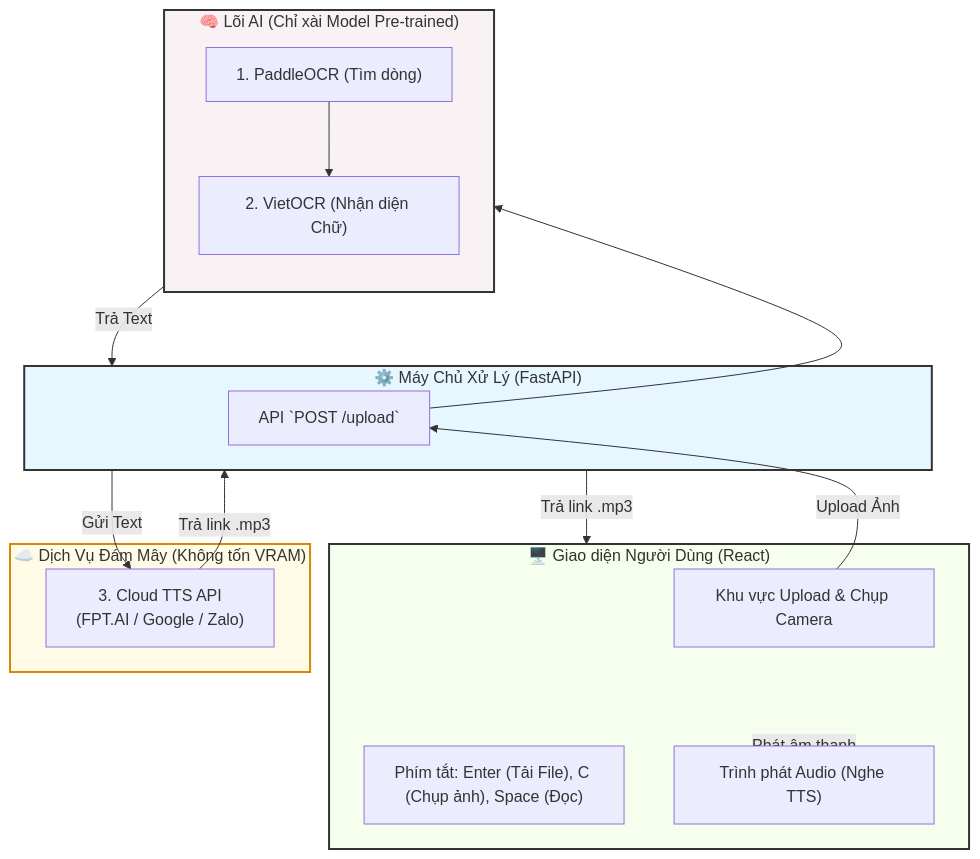
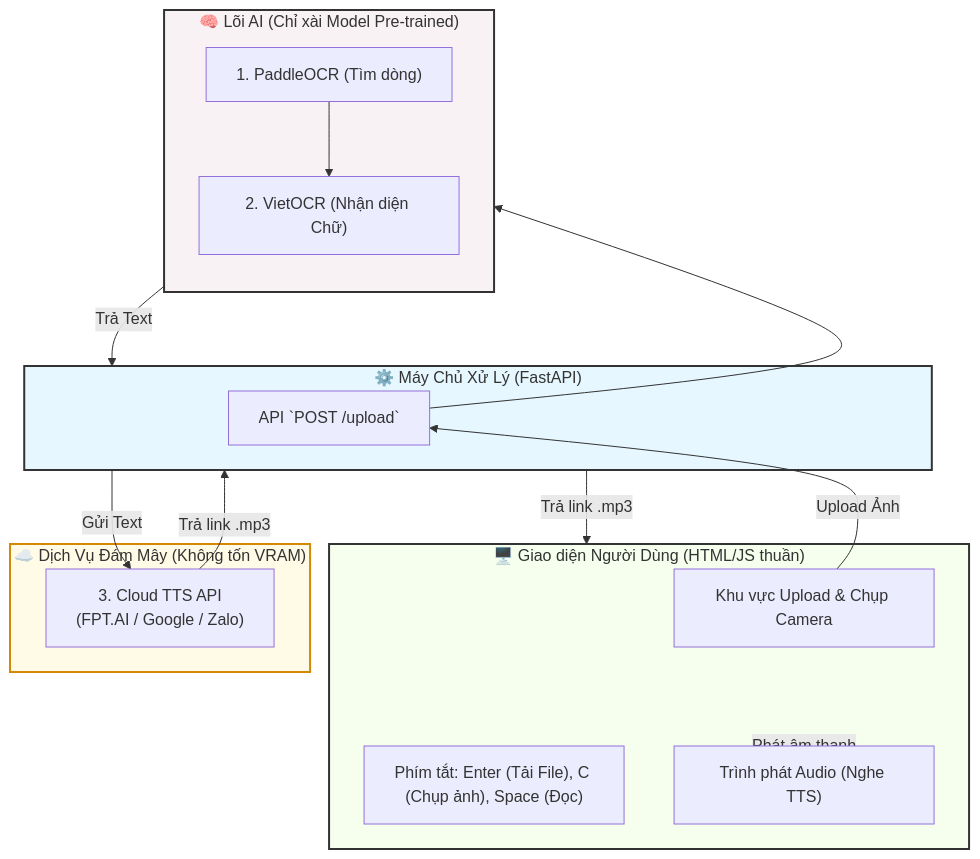
Before and after one commit to nhatshine/Blind-OCR-System: the first of 2 diagrams in README.md, drawn with Mermaid. The commit also changed other lines of this file, not shown here.

Commit message:
Docs: Chuyen Roadmap tu React sang HTML/JS thuan

````diff
--- a/README.md
+++ b/README.md
@@ -8,38 +8,38 @@
 ```mermaid
 flowchart TD
-    subgraph Frontend ["🖥️ Giao diện Người Dùng (React)"]
+    subgraph Frontend ["🖥️ Giao diện Người Dùng (HTML/JS thuần)"]
         UI["Khu vực Upload & Chụp Camera"]
         Shortcut["Phím tắt: Enter (Tải File), C (Chụp ảnh), Space (Đọc)"]
         AudioPlayer["Trình phát Audio (Nghe TTS)"]
     end
 
     subgraph Backend ["⚙️ Máy Chủ Xử Lý (FastAPI)"]
         API_Upload["API `POST /upload`"]
     end
 
     subgraph AI_Engine ["🧠 Lõi AI (Chỉ xài Model Pre-trained)"]
         direction TB
         Paddle["1. PaddleOCR (Tìm dòng)"]
         Viet["2. VietOCR (Nhận diện Chữ)"]
     end
 
     subgraph External_API ["☁️ Dịch Vụ Đám Mây (Không tốn VRAM)"]
         TTS["3. Cloud TTS API\n(FPT.AI / Google / Zalo)"]
     end
 
     %% Luồng dữ liệu
     UI --> |Upload Ảnh| API_Upload
     API_Upload --> Paddle
     Paddle --> Viet
     Viet --> |Trả Text| Backend
     Backend --> |Gửi Text| TTS
     TTS --> |Trả link .mp3| Backend
     Backend --> |Trả link .mp3| Frontend
     Frontend --> |Phát âm thanh| AudioPlayer
     
     %% Style
     style AI_Engine fill:#f9f2f4,stroke:#333,stroke-width:2px
     style Backend fill:#e6f7ff,stroke:#333,stroke-width:2px
     style Frontend fill:#f6ffed,stroke:#333,stroke-width:2px
     style External_API fill:#fffbe6,stroke:#d48806,stroke-width:2px
 ```
````
